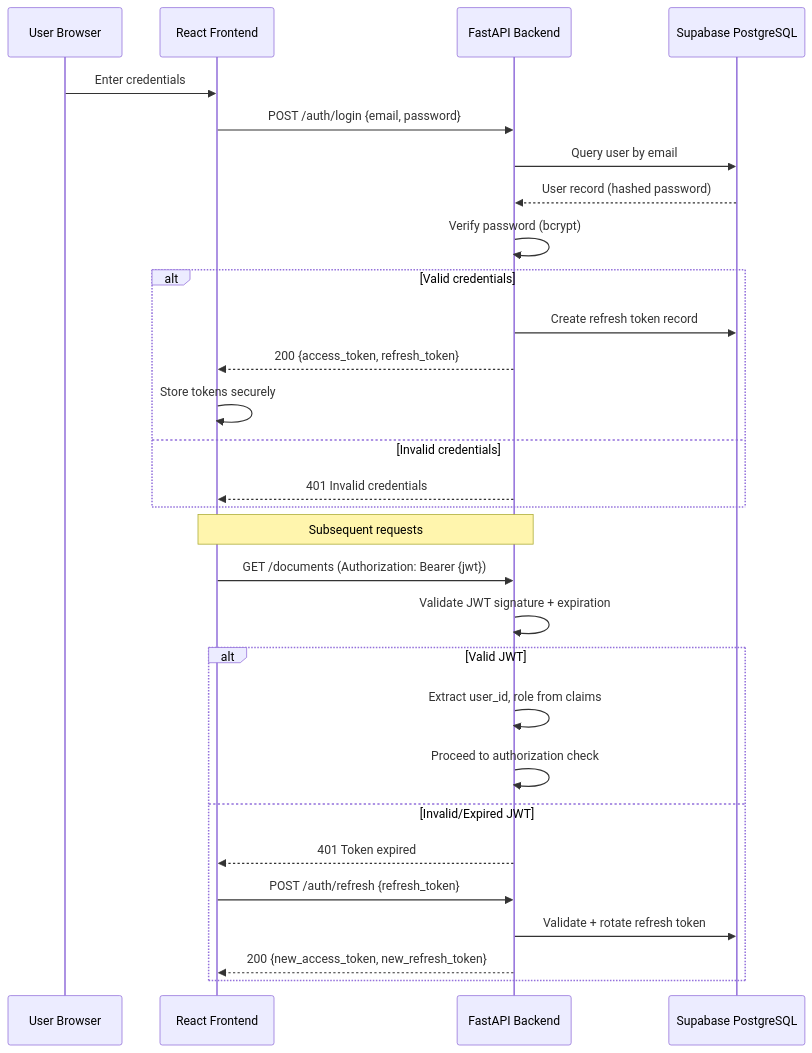
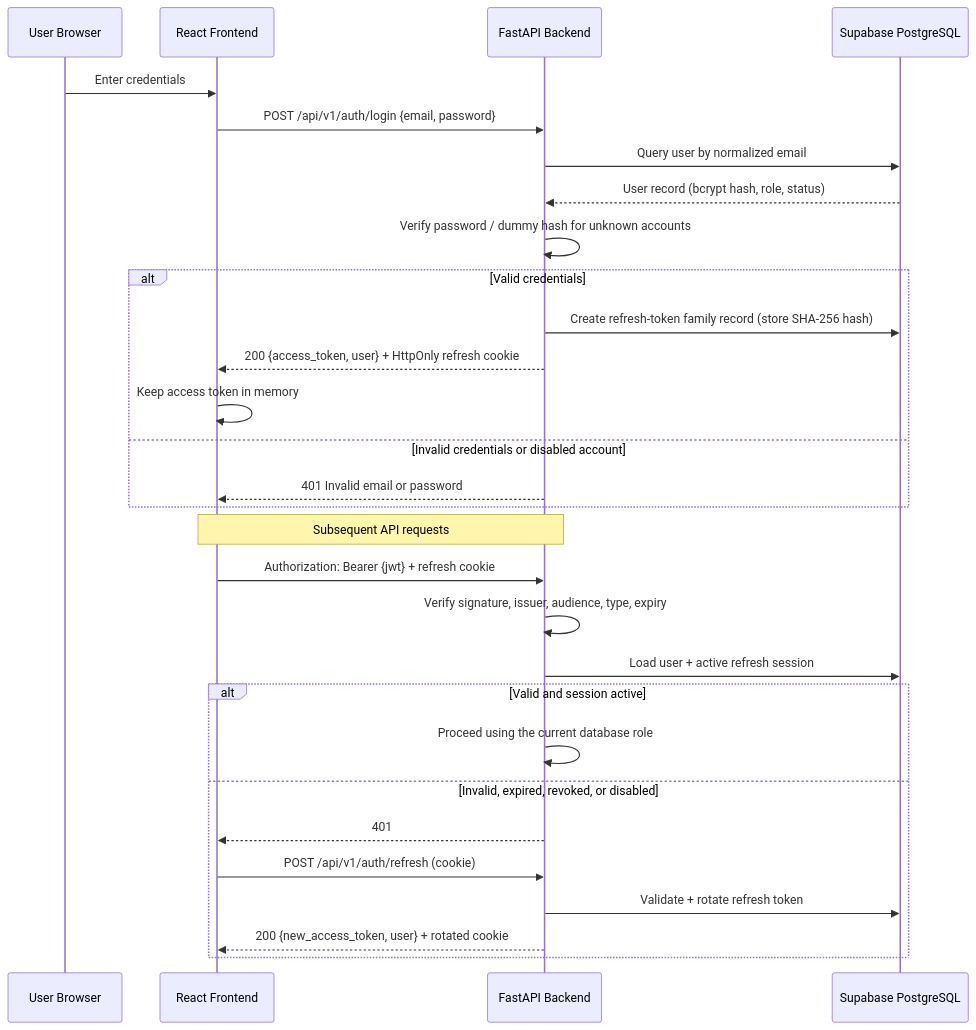
The second of 4 diagrams in docs/ARCHITECTURE.md (saisankeerth27/TrustVault), drawn with Mermaid before and after one commit. The commit also changed other lines of this file and 51 other files, not shown here.

````diff
--- a/docs/ARCHITECTURE.md
+++ b/docs/ARCHITECTURE.md
@@ -201,33 +205,33 @@
 ```mermaid
 sequenceDiagram
     participant U as User Browser
     participant F as React Frontend
     participant B as FastAPI Backend
     participant D as Supabase PostgreSQL
 
     U->>F: Enter credentials
-    F->>B: POST /auth/login {email, password}
-    B->>D: Query user by email
-    D-->>B: User record (hashed password)
-    B->>B: Verify password (bcrypt)
+    F->>B: POST /api/v1/auth/login {email, password}
+    B->>D: Query user by normalized email
+    D-->>B: User record (bcrypt hash, role, status)
+    B->>B: Verify password / dummy hash for unknown accounts
     alt Valid credentials
-        B->>D: Create refresh token record
-        B-->>F: 200 {access_token, refresh_token}
-        F->>F: Store tokens securely
-    else Invalid credentials
-        B-->>F: 401 Invalid credentials
+        B->>D: Create refresh-token family record (store SHA-256 hash)
+        B-->>F: 200 {access_token, user} + HttpOnly refresh cookie
+        F->>F: Keep access token in memory
+    else Invalid credentials or disabled account
+        B-->>F: 401 Invalid email or password
     end
 
-    Note over F,B: Subsequent requests
-    F->>B: GET /documents (Authorization: Bearer {jwt})
-    B->>B: Validate JWT signature + expiration
-    alt Valid JWT
-        B->>B: Extract user_id, role from claims
-        B->>B: Proceed to authorization check
-    else Invalid/Expired JWT
-        B-->>F: 401 Token expired
-        F->>B: POST /auth/refresh {refresh_token}
+    Note over F,B: Subsequent API requests
+    F->>B: Authorization: Bearer {jwt} + refresh cookie
+    B->>B: Verify signature, issuer, audience, type, expiry
+    B->>D: Load user + active refresh session
+    alt Valid and session active
+        B->>B: Proceed using the current database role
+    else Invalid, expired, revoked, or disabled
+        B-->>F: 401
+        F->>B: POST /api/v1/auth/refresh (cookie)
         B->>D: Validate + rotate refresh token
-        B-->>F: 200 {new_access_token, new_refresh_token}
+        B-->>F: 200 {new_access_token, user} + rotated cookie
     end
 ```
````
